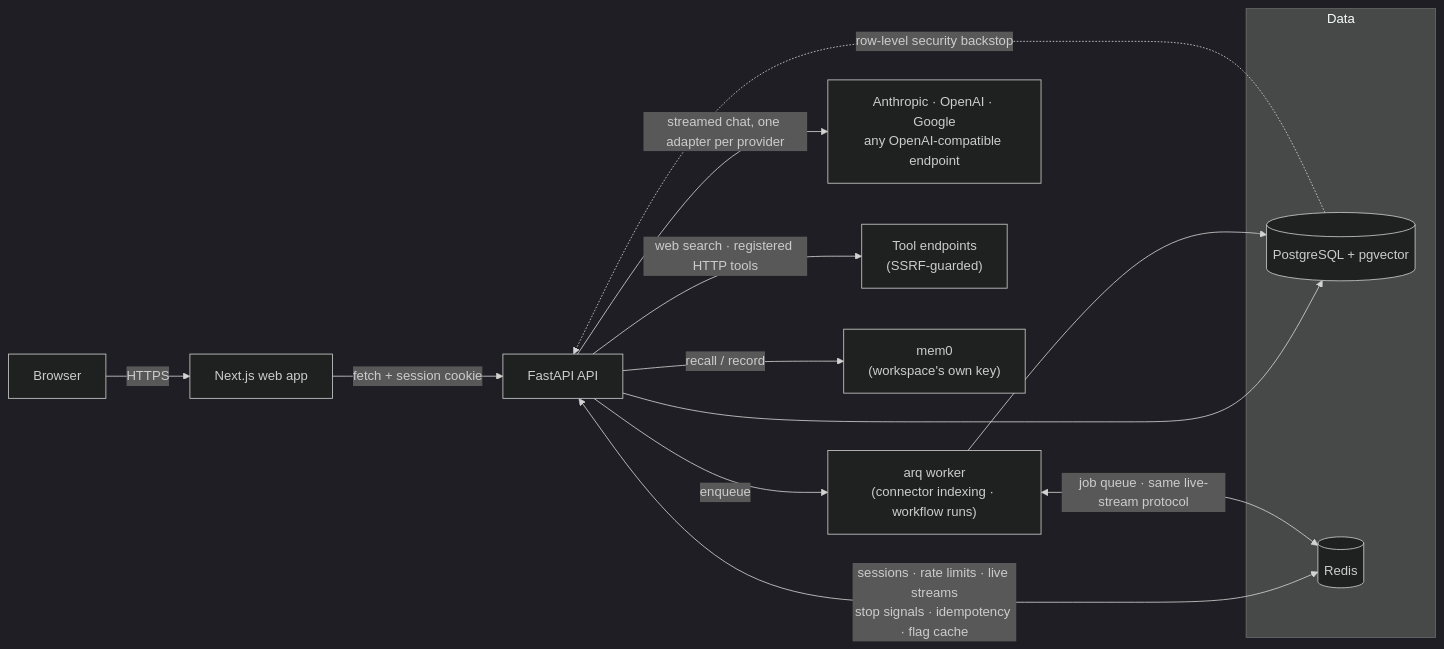
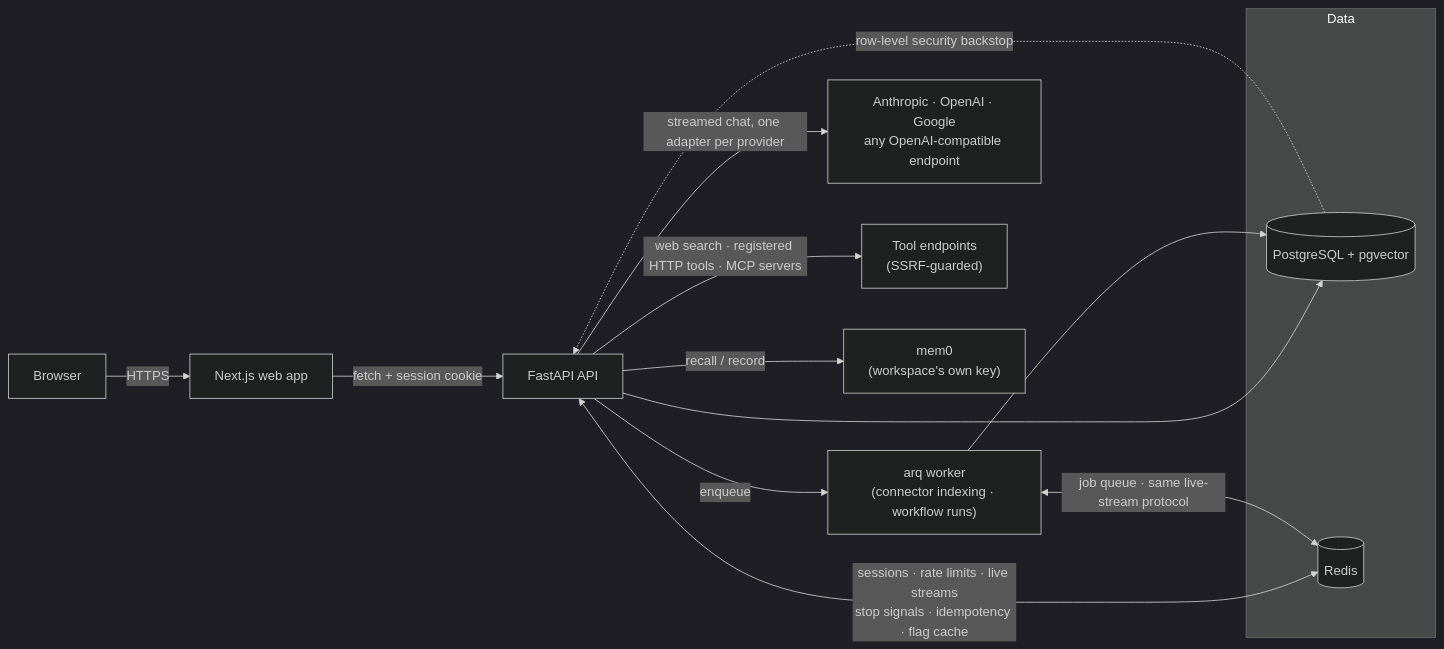
One commit to Amboyandrey/ReCore changed the diagram in README.md. Above: the diagram before and after it, drawn with Mermaid (dark theme). The commit also changed other lines of this file and 1 other file, not shown here.

Commit message:
docs: describe MCP server support and correct the stale webhook notes

````diff
--- a/README.md
+++ b/README.md
@@ -62,21 +64,21 @@
 ```mermaid
 flowchart LR
     Browser -->|HTTPS| Web["Next.js web app"]
     Web -->|"fetch + session cookie"| API["FastAPI API"]
 
     subgraph Data
         PG[("PostgreSQL + pgvector")]
         Redis[("Redis")]
     end
 
     API --> PG
     API <-->|"sessions · rate limits · live streams<br/>stop signals · idempotency · flag cache"| Redis
     API -->|"enqueue"| Worker["arq worker<br/>(connector indexing · workflow runs)"]
     Worker --> PG
     Worker <-->|"job queue · same live-stream protocol"| Redis
     API -->|"streamed chat, one adapter per provider"| LLM["Anthropic · OpenAI · Google<br/>any OpenAI-compatible endpoint"]
-    API -->|"web search · registered HTTP tools"| Tools["Tool endpoints<br/>(SSRF-guarded)"]
+    API -->|"web search · registered HTTP tools · MCP servers"| Tools["Tool endpoints<br/>(SSRF-guarded)"]
     API -->|"recall / record"| Mem0["mem0<br/>(workspace's own key)"]
 
     PG -.->|"row-level security backstop"| API
 ```
````
